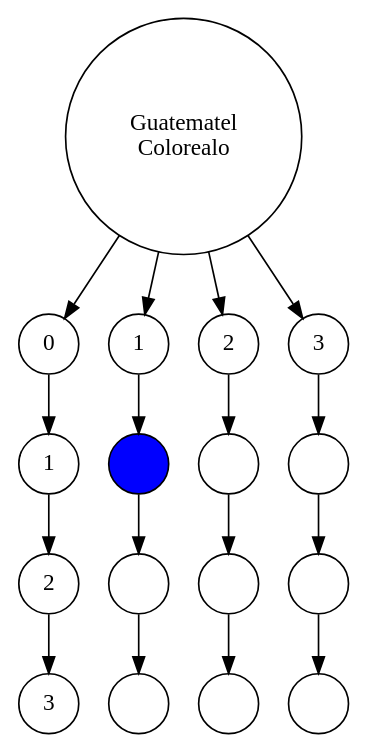
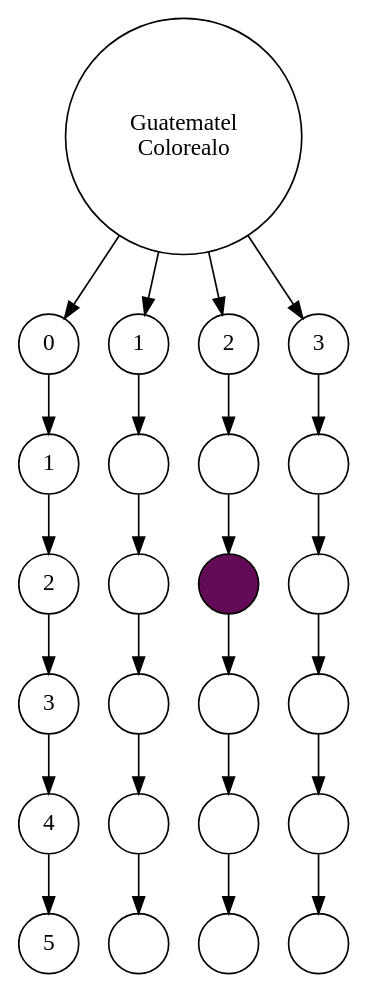
The diagram in grafica.dot (Manuelhb1/IPC2_Practica1_201407188), drawn with Graphviz before and after one commit. The commit also changed 2 other files, not shown here.

```diff
--- a/grafica.dot
+++ b/grafica.dot
@@ -1,39 +1,55 @@
 digraph grafo{
 
         node[shape=circle];
 n0 [label="Guatematel
 Colorealo"];
 n1 [label="0"];
 n2 [label="1"];
 n3 [label="2"];
 n4 [label="3"];
 n5 [label="1"];
-n6 [label="" fillcolor="#0000ff" style=filled];
+n6 [label=""];
 n7 [label=""];
 n8 [label=""];
 n9 [label="2"];
 n10 [label=""];
-n11 [label=""];
+n11 [label="" fillcolor="#630b57" style=filled];
 n12 [label=""];
 n13 [label="3"];
 n14 [label=""];
 n15 [label=""];
 n16 [label=""];
+n17 [label="4"];
+n18 [label=""];
+n19 [label=""];
+n20 [label=""];
+n21 [label="5"];
+n22 [label=""];
+n23 [label=""];
+n24 [label=""];
 n0 -> n1
 n0 -> n2
 n0 -> n3
 n0 -> n4
 n1 -> n5
+n2 -> n6
+n3 -> n7
+n4 -> n8
 n5 -> n9
+n6 -> n10
+n7 -> n11
+n8 -> n12
 n9 -> n13
-n2 -> n6
-n6 -> n10
 n10 -> n14
-n3 -> n7
-n7 -> n11
 n11 -> n15
-n4 -> n8
-n8 -> n12
 n12 -> n16
+n13 -> n17
+n14 -> n18
+n15 -> n19
+n16 -> n20
+n17 -> n21
+n18 -> n22
+n19 -> n23
+n20 -> n24
 
 }
```
